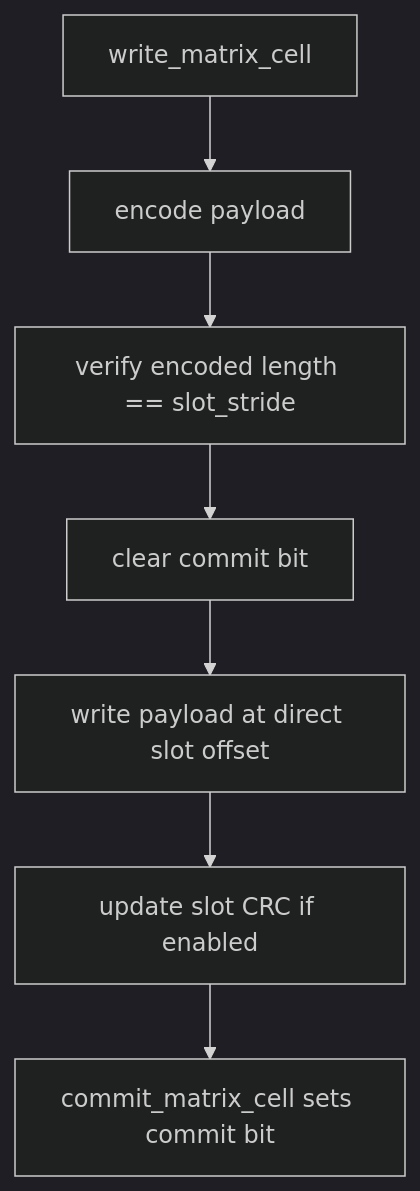
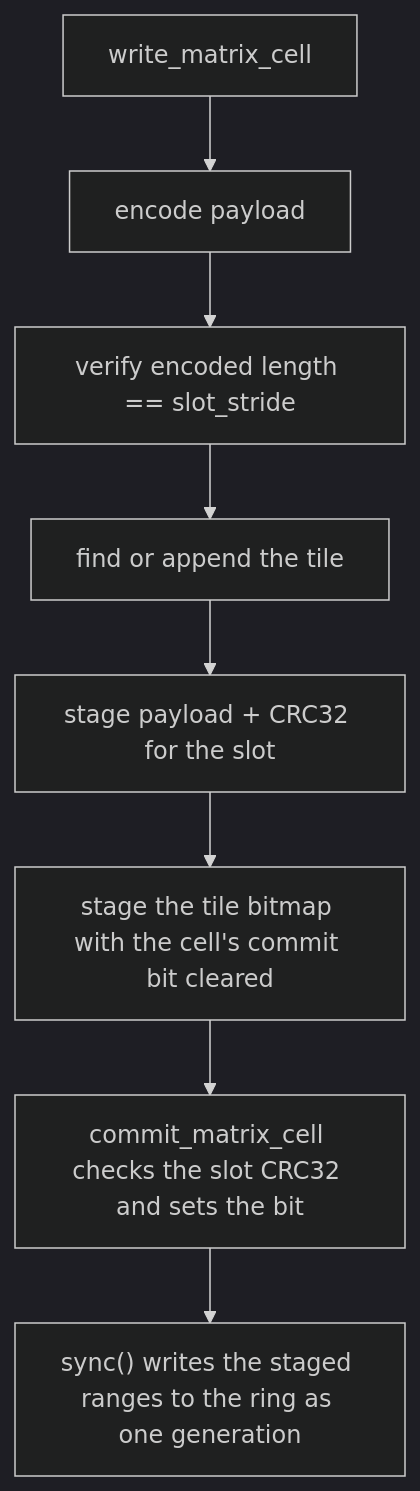
The seventh of 8 diagrams in docs/how-it-works.md (shim9610/varlit), drawn with Mermaid (dark theme) before and after one commit. The commit also changed other lines of this file and 3 other files, not shown here.

````diff
--- a/docs/how-it-works.md
+++ b/docs/how-it-works.md
@@ -317,9 +317,10 @@
 ```mermaid
 flowchart TD
     A["write_matrix_cell"] --> B["encode payload"]
     B --> C["verify encoded length == slot_stride"]
-    C --> D["clear commit bit"]
-    D --> E["write payload at direct slot offset"]
-    E --> F["update slot CRC if enabled"]
-    F --> G["commit_matrix_cell sets commit bit"]
+    C --> D["find or append the tile"]
+    D --> E["stage payload + CRC32 for the slot"]
+    E --> F["stage the tile bitmap with the cell's commit bit cleared"]
+    F --> G["commit_matrix_cell checks the slot CRC32 and sets the bit"]
+    G --> H["sync() writes the staged ranges to the ring as one generation"]
 ```
````
